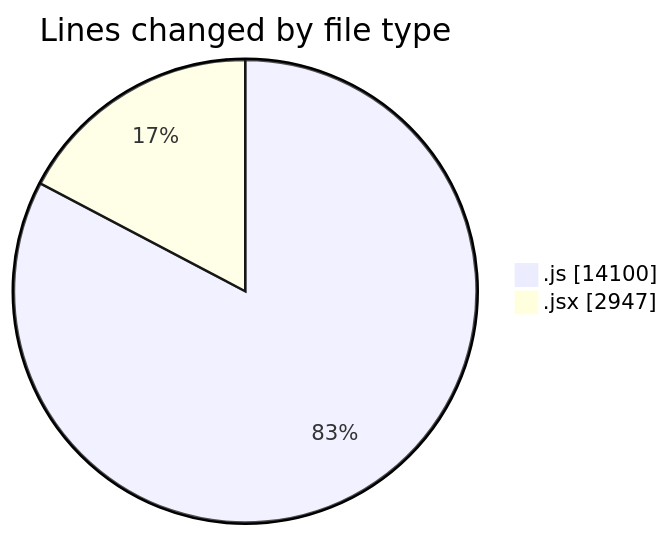
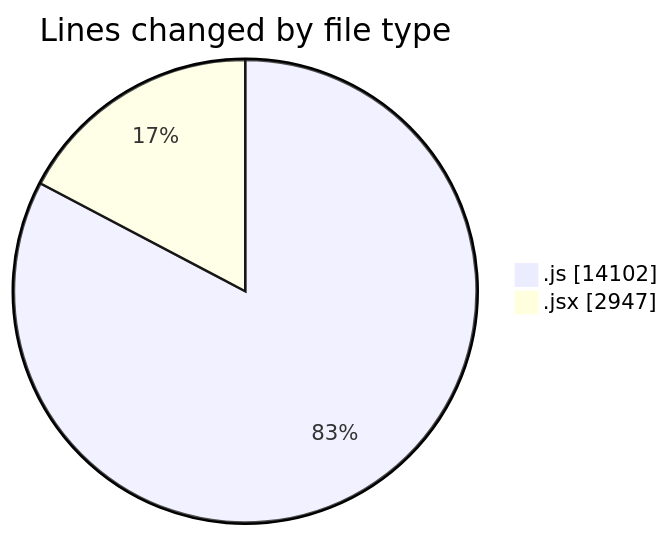
The first of 2 diagrams in 2025-09-26/nxtqube_webapp/README.md (nxtqubesakshisongat/code-tracking), drawn with Mermaid before and after one commit. The commit also changed other lines of this file and 1 other file, not shown here.

````diff
--- a/2025-09-26/nxtqube_webapp/README.md
+++ b/2025-09-26/nxtqube_webapp/README.md
@@ -27,6 +27,6 @@
 ```mermaid
 pie showData
 title Lines changed by file type
-".js" : 14100
+".js" : 14102
 ".jsx" : 2947
 ```
````
